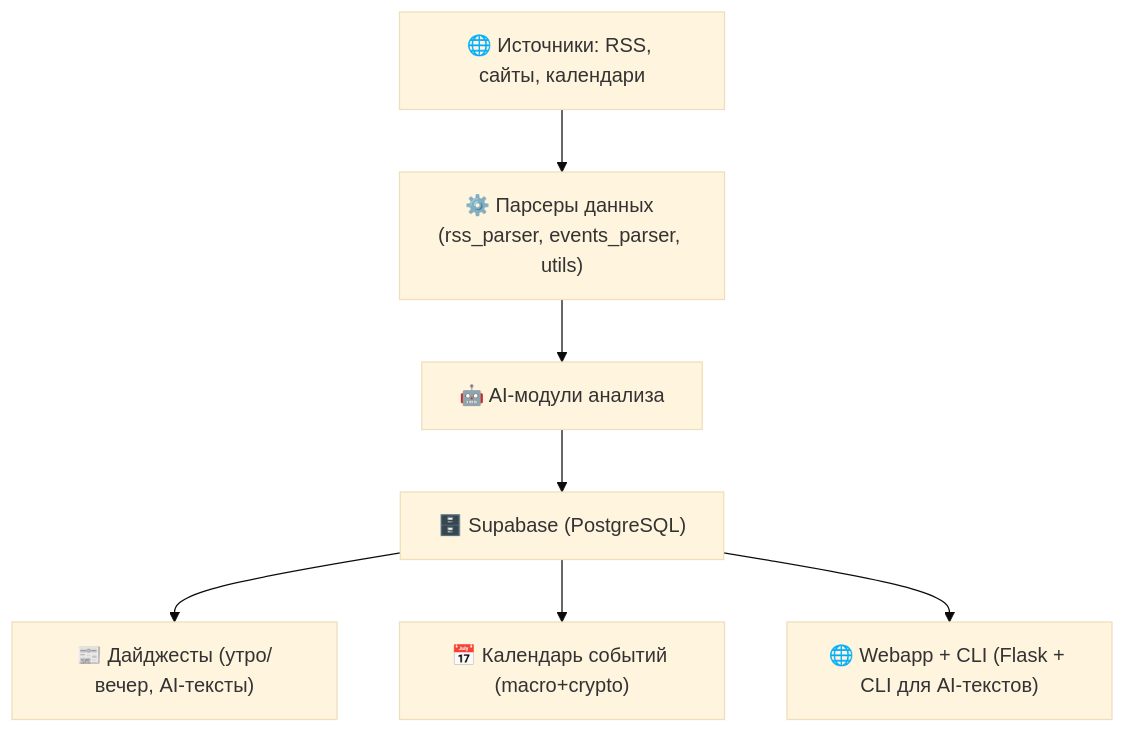
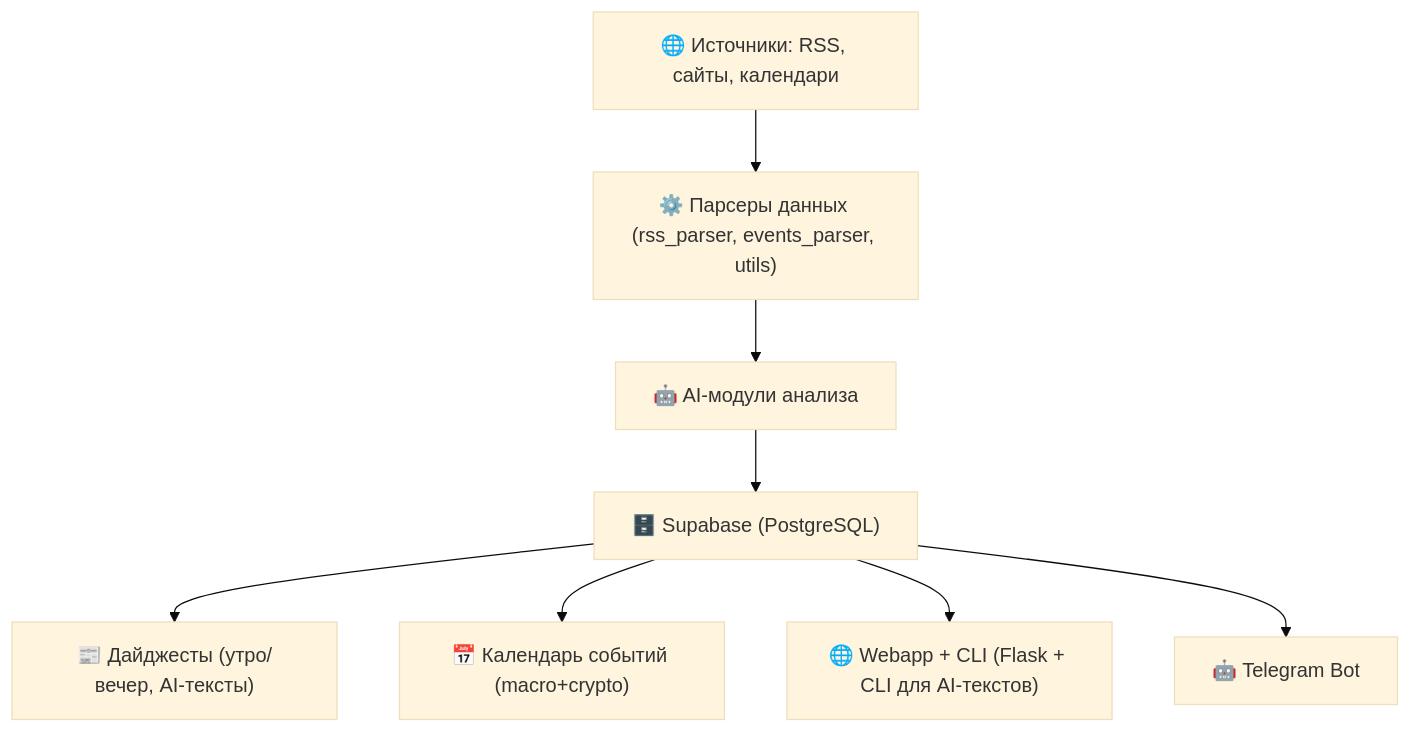
One commit to denius89/news_ai_bot changed the diagram in README.md. Above: the diagram before and after it, drawn with Mermaid (base theme). The commit also changed other lines of this file and 28 other files, not shown here.

````diff
--- a/README.md
+++ b/README.md
@@ -215,9 +187,10 @@
 ```mermaid
 flowchart TD
     A["🌐 Источники: RSS, сайты, календари"] --> B["⚙️ Парсеры данных (rss_parser, events_parser, utils)"]
     B --> C["🤖 AI-модули анализа"]
     C --> D["🗄️ Supabase (PostgreSQL)"]
     D --> E["📰 Дайджесты (утро/вечер, AI-тексты)"]
     D --> F["📅 Календарь событий (macro+crypto)"]
     D --> G["🌐 Webapp + CLI (Flask + CLI для AI-текстов)"]
+    D --> H["🤖 Telegram Bot"]
 ```
````
